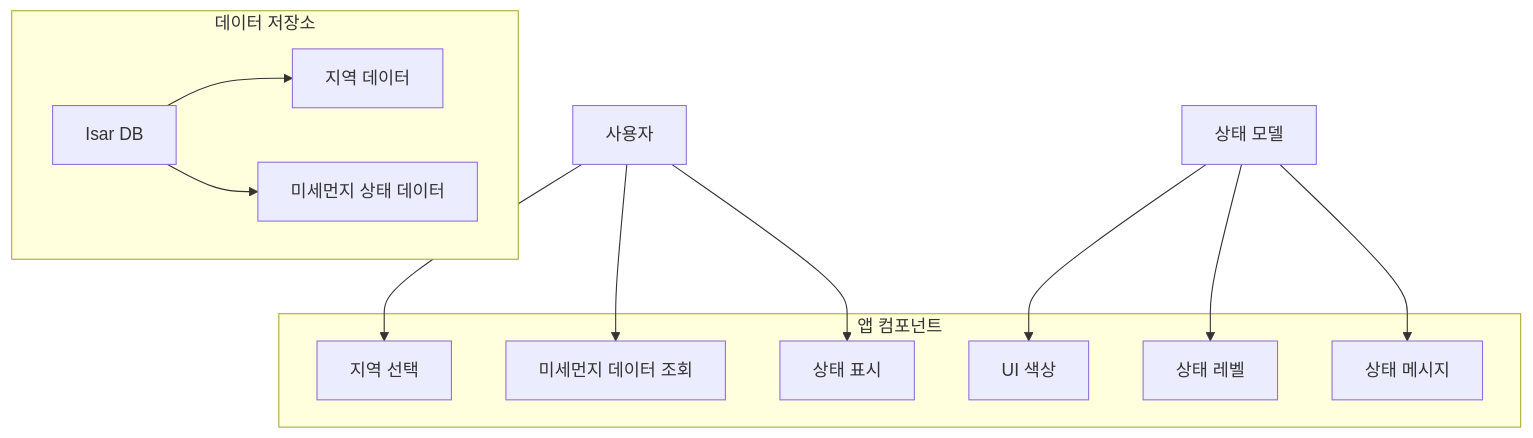
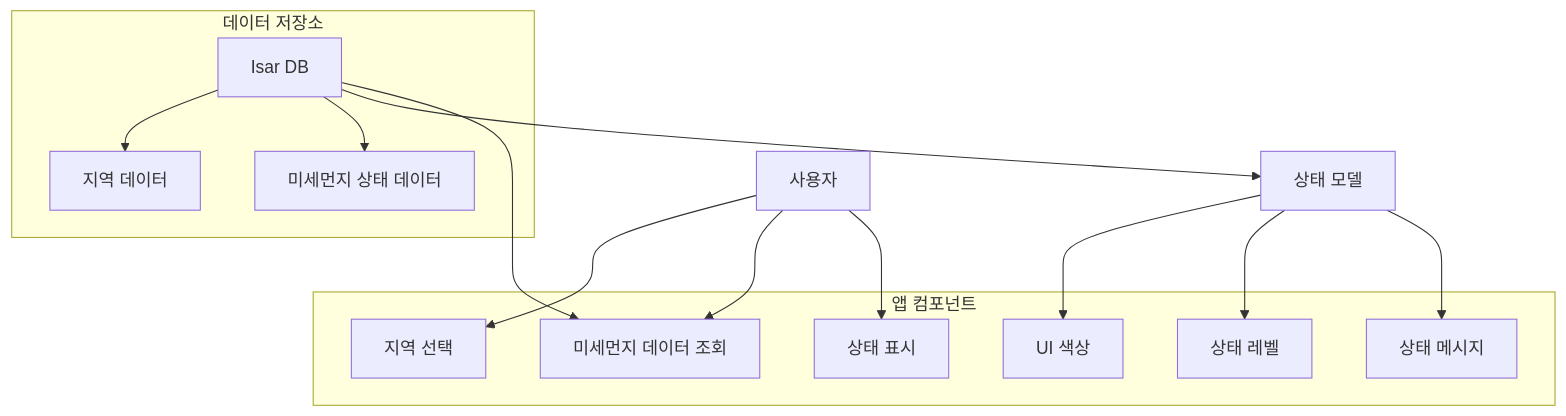
The diagram in docs/system_context_diagram.md (NoGravyBeef/dustify), drawn with Mermaid before and after one commit.

````diff
--- a/docs/system_context_diagram.md
+++ b/docs/system_context_diagram.md
@@ -3,28 +3,30 @@
 ```mermaid
 graph TD
     A[사용자] --> B[지역 선택]
     A --> C[미세먼지 데이터 조회]
     A --> D[상태 표시]
     
     E[Isar DB] --> F[지역 데이터]
     E --> G[미세먼지 상태 데이터]
+    E --> H[상태 모델]
+    E --> C[미세먼지 데이터 조회]
     
-    H[상태 모델] --> I[UI 색상]
+    H --> I[UI 색상]
     H --> J[상태 레벨]
     H --> K[상태 메시지]
     
     subgraph 앱 컴포넌트
         B
         C
         D
         I
         J
         K
     end
     
     subgraph 데이터 저장소
         E
         F
         G
     end
 ```
````
